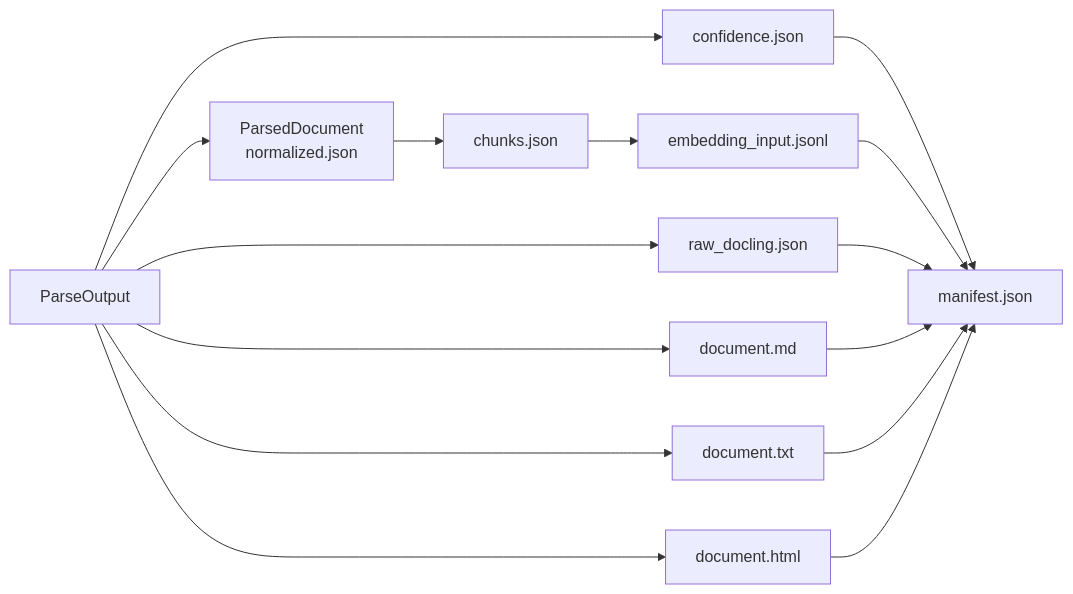
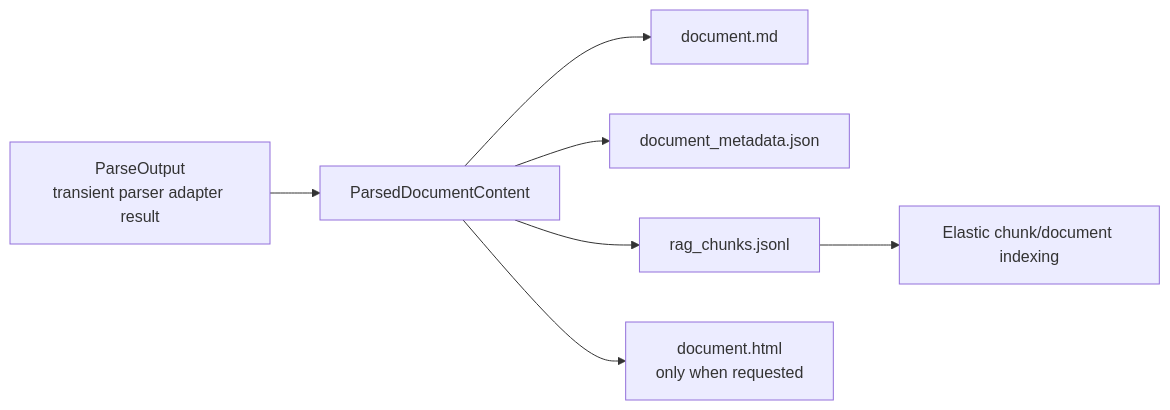
Before and after one commit to alrolo3/ingest-orquestator-service: the sixth of 7 diagrams in docs/architecture-diagram.md, drawn with Mermaid. The commit also changed other lines of this file and 78 other files, not shown here.

Commit message:
refactor: complete queue dispatcher and parse output workflow

````diff
--- a/docs/architecture-diagram.md
+++ b/docs/architecture-diagram.md
@@ -195,18 +193,9 @@
 ```mermaid
 flowchart LR
-    ParseOutput["ParseOutput"] --> Normalized["ParsedDocument<br/>normalized.json"]
-    ParseOutput --> Raw["raw_docling.json"]
-    ParseOutput --> Markdown["document.md"]
-    ParseOutput --> Text["document.txt"]
-    ParseOutput --> Html["document.html"]
-    ParseOutput --> Confidence["confidence.json"]
-
-    Normalized --> Chunks["chunks.json"]
-    Chunks --> Embedding["embedding_input.jsonl"]
-    Confidence --> Manifest["manifest.json"]
-    Embedding --> Manifest
-    Raw --> Manifest
-    Markdown --> Manifest
-    Text --> Manifest
-    Html --> Manifest
+    ParseOutput["ParseOutput<br/>transient parser adapter result"] --> Content["ParsedDocumentContent"]
+    Content --> Markdown["document.md"]
+    Content --> Metadata["document_metadata.json"]
+    Content --> Rag["rag_chunks.jsonl"]
+    Content --> Html["document.html<br/>only when requested"]
+    Rag --> Elastic["Elastic chunk/document indexing"]
 ```
````
